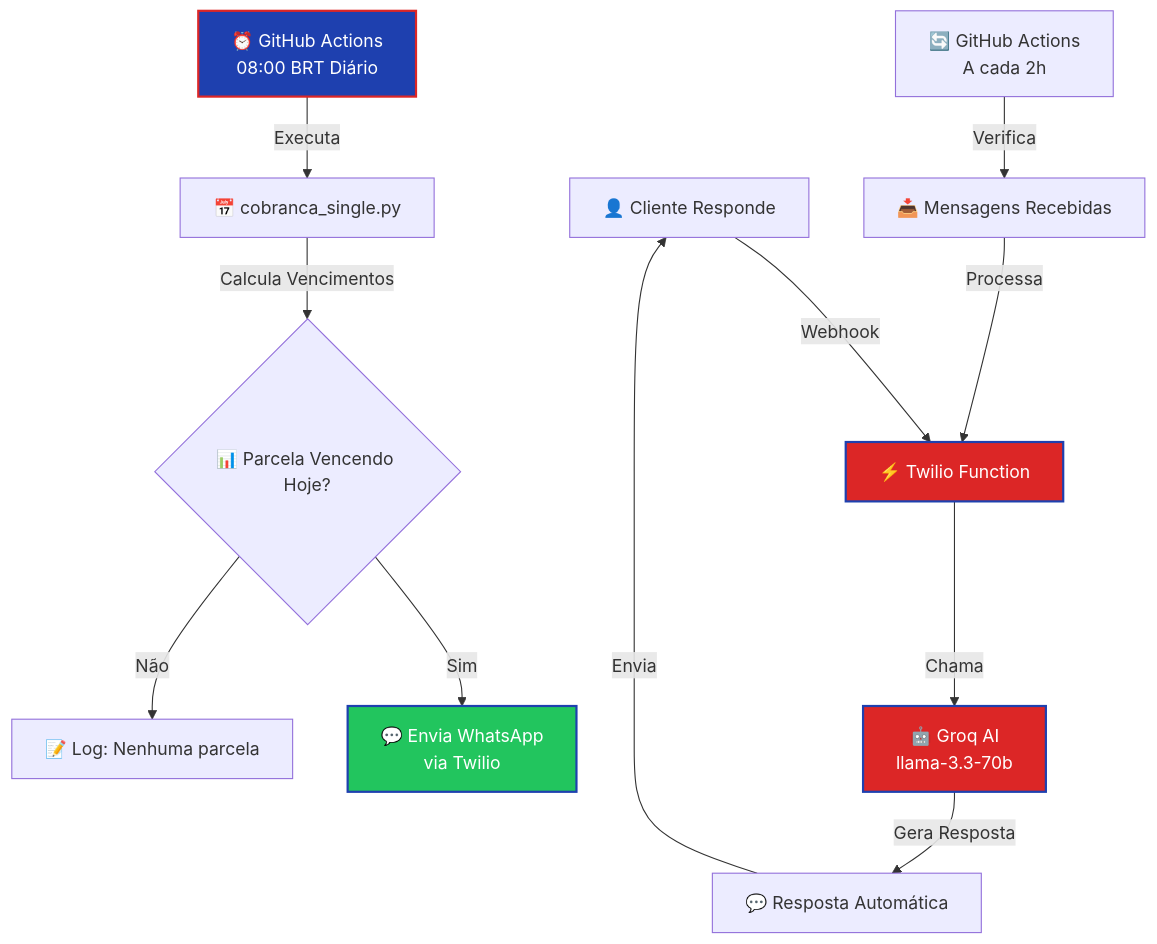
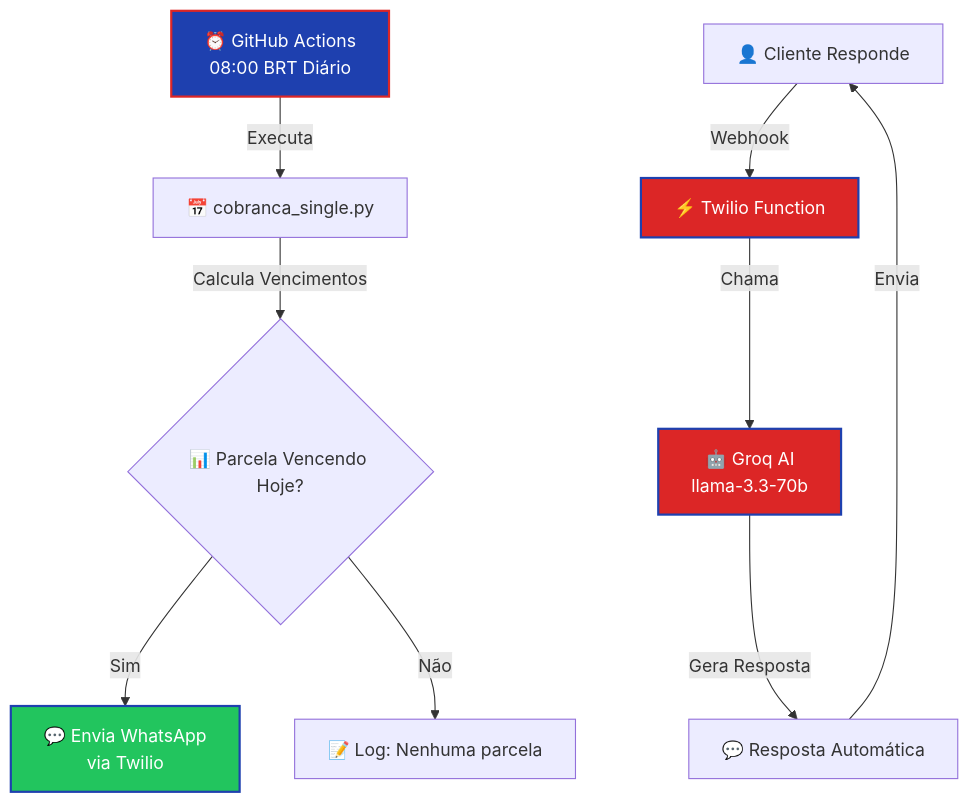
Before and after one commit to cauafigueredo15-oss/cobranca-automatica: the diagram in README.md, drawn with Mermaid. The commit also changed other lines of this file and 2 other files, not shown here.

````diff
--- a/README.md
+++ b/README.md
@@ -396,39 +396,36 @@
 ```mermaid
 
 graph TD
 
     A[⏰ GitHub Actions<br/>08:00 BRT Diário] -->|Executa| B[📅 cobranca_single.py]
 
     B -->|Calcula Vencimentos| C{📊 Parcela Vencendo Hoje?}
 
     C -->|Sim| D[💬 Envia WhatsApp<br/>via Twilio]
 
     C -->|Não| E[📝 Log: Nenhuma parcela]
 
     
 
     F[👤 Cliente Responde] -->|Webhook| G[⚡ Twilio Function]
 
     G -->|Chama| H[🤖 Groq AI<br/>llama-3.3-70b]
 
     H -->|Gera Resposta| I[💬 Resposta Automática]
 
     I -->|Envia| F
 
     
 
-    J[🔄 GitHub Actions<br/>A cada 2h] -->|Verifica| K[📥 Mensagens Recebidas]
-
-    K -->|Processa| G
 
     
 
     style A fill:#1e40af,stroke:#dc2626,stroke-width:2px,color:#fff
 
     style D fill:#22C55E,stroke:#1e40af,stroke-width:2px,color:#fff
 
     style G fill:#dc2626,stroke:#1e40af,stroke-width:2px,color:#fff
 
     style H fill:#dc2626,stroke:#1e40af,stroke-width:2px,color:#fff
 
 ```
````
